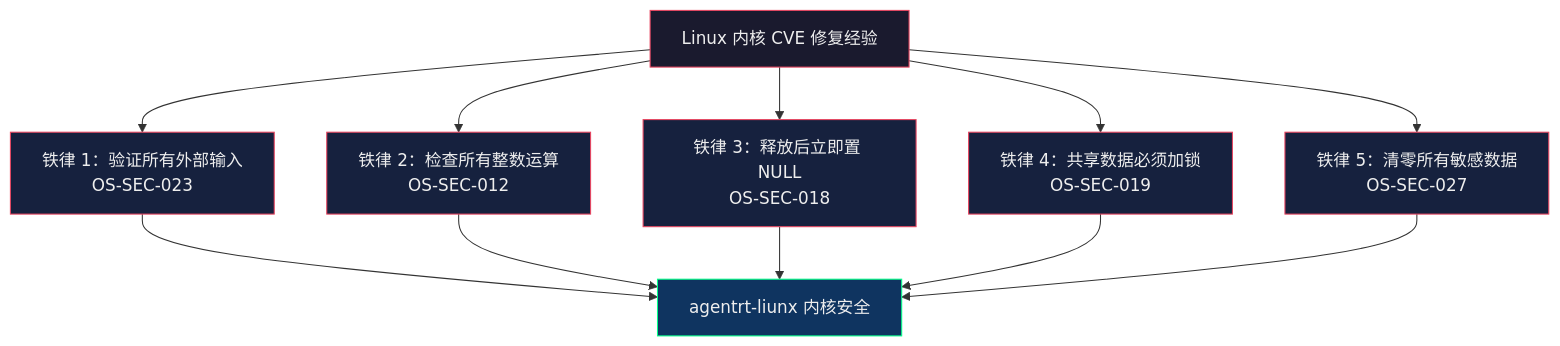
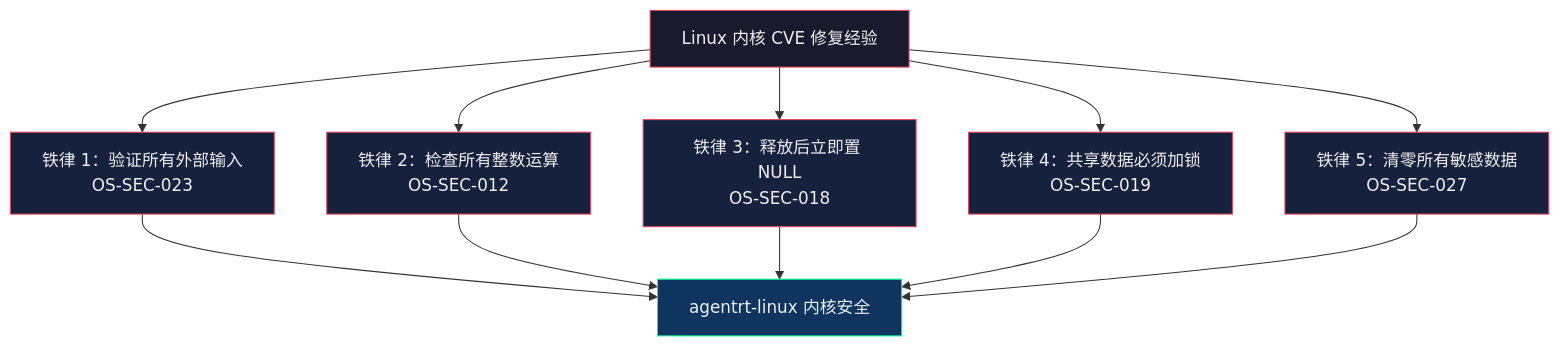
One commit to openairymax/docs changed the diagram in AirymaxOS/50-engineering-standards/10-coding-style/C_Cpp_secure_coding_standard.md. Above: the diagram before and after it, drawn with Mermaid. The commit also changed other lines of this file and 239 other files, not shown here.

````diff
--- a/AirymaxOS/50-engineering-standards/10-coding-style/C_Cpp_secure_coding_standard.md
+++ b/AirymaxOS/50-engineering-standards/10-coding-style/C_Cpp_secure_coding_standard.md
@@ -437,22 +437,22 @@
 ```mermaid
 graph TD
     CVE["Linux 内核 CVE 修复经验"] --> T1["铁律 1：验证所有外部输入<br/>OS-SEC-023"]
     CVE --> T2["铁律 2：检查所有整数运算<br/>OS-SEC-012"]
     CVE --> T3["铁律 3：释放后立即置 NULL<br/>OS-SEC-018"]
     CVE --> T4["铁律 4：共享数据必须加锁<br/>OS-SEC-019"]
     CVE --> T5["铁律 5：清零所有敏感数据<br/>OS-SEC-027"]
 
-    T1 --> GOAL["agentrt-liunx 内核安全"]
+    T1 --> GOAL["agentrt-linux 内核安全"]
     T2 --> GOAL
     T3 --> GOAL
     T4 --> GOAL
     T5 --> GOAL
 
     style CVE fill:#1a1a2e,stroke:#e94560,color:#eee
     style GOAL fill:#0f3460,stroke:#00ff88,color:#eee
     style T1 fill:#16213e,stroke:#e94560,color:#eee
     style T2 fill:#16213e,stroke:#e94560,color:#eee
     style T3 fill:#16213e,stroke:#e94560,color:#eee
     style T4 fill:#16213e,stroke:#e94560,color:#eee
     style T5 fill:#16213e,stroke:#e94560,color:#eee
 ```
````
